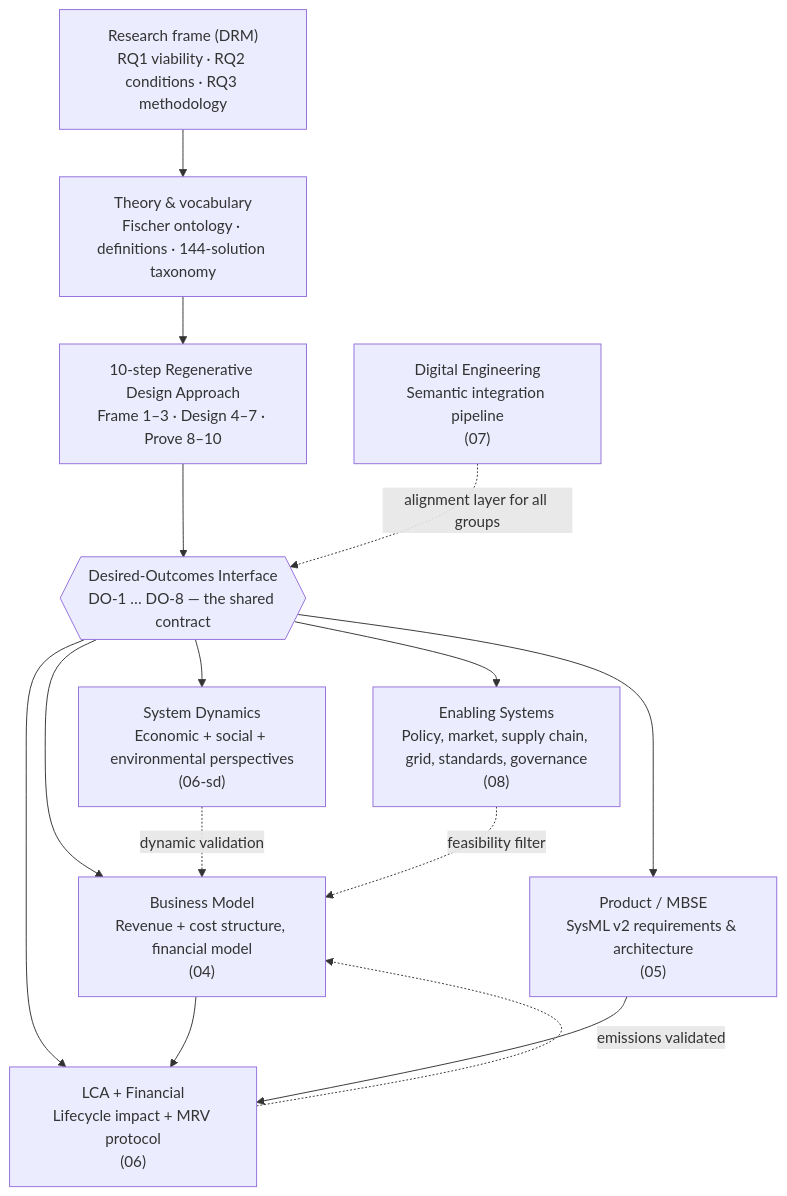
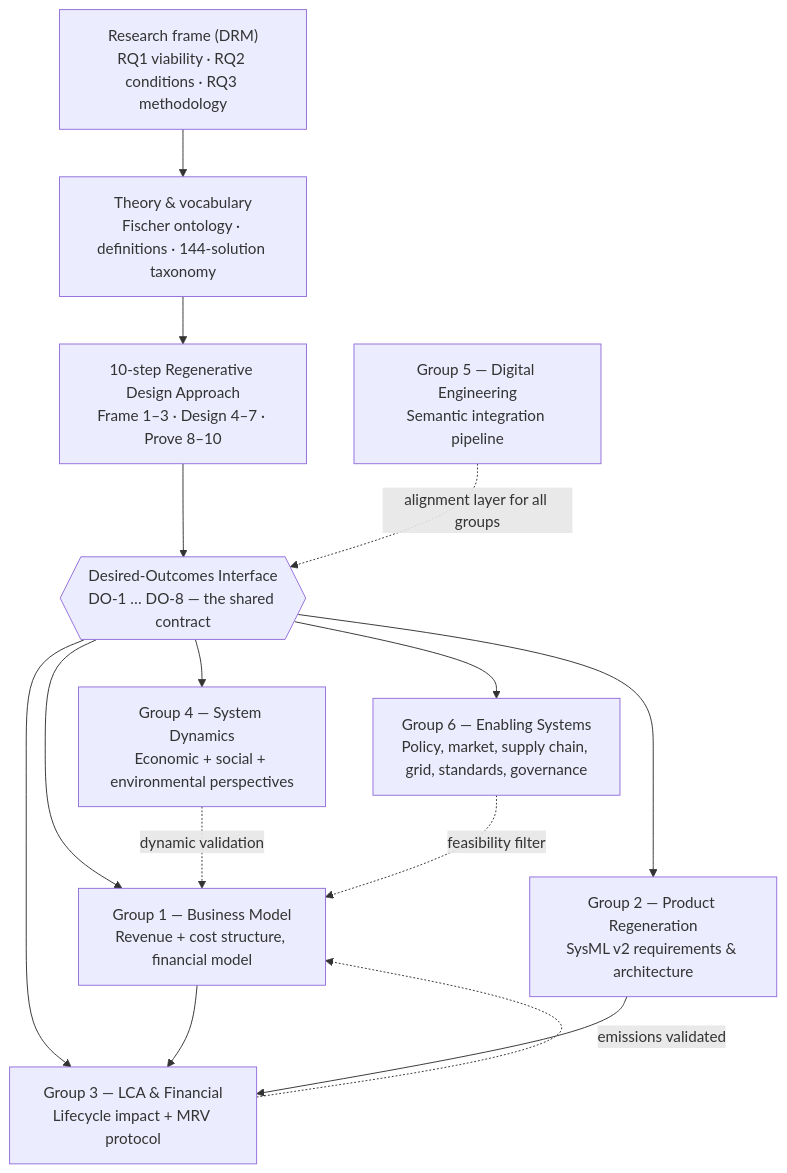
The diagram in SustainableTogether Projects/Regeneration/README.md (TheNightFox-1/SustainableTogether), drawn with Mermaid before and after one commit. The commit also changed other lines of this file and 28 other files, not shown here.

````diff
--- a/SustainableTogether Projects/Regeneration/README.md
+++ b/SustainableTogether Projects/Regeneration/README.md
@@ -165,18 +151,18 @@
 ```mermaid
 flowchart TD
   RQ["Research frame (DRM)<br/>RQ1 viability · RQ2 conditions · RQ3 methodology"] --> ONT
   ONT["Theory & vocabulary<br/>Fischer ontology · definitions · 144-solution taxonomy"] --> APP
   APP["10-step Regenerative Design Approach<br/>Frame 1–3 · Design 4–7 · Prove 8–10"] --> INT
   INT{{"Desired-Outcomes Interface<br/>DO-1 … DO-8 — the shared contract"}}
-  INT --> BM["Business Model<br/>Revenue + cost structure, financial model<br/>(04)"]
-  INT --> PRD["Product / MBSE<br/>SysML v2 requirements & architecture<br/>(05)"]
-  INT --> SD["System Dynamics<br/>Economic + social + environmental perspectives<br/>(06-sd)"]
-  INT --> LCA["LCA + Financial<br/>Lifecycle impact + MRV protocol<br/>(06)"]
-  INT --> ENS["Enabling Systems<br/>Policy, market, supply chain, grid, standards, governance<br/>(08)"]
-  DE["Digital Engineering<br/>Semantic integration pipeline<br/>(07)"] -.->|"alignment layer for all groups"| INT
+  INT --> BM["Group 1 — Business Model<br/>Revenue + cost structure, financial model"]
+  INT --> PRD["Group 2 — Product Regeneration<br/>SysML v2 requirements & architecture"]
+  INT --> LCA["Group 3 — LCA & Financial<br/>Lifecycle impact + MRV protocol"]
+  INT --> SD["Group 4 — System Dynamics<br/>Economic + social + environmental perspectives"]
+  INT --> ENS["Group 6 — Enabling Systems<br/>Policy, market, supply chain, grid, standards, governance"]
+  DE["Group 5 — Digital Engineering<br/>Semantic integration pipeline"] -.->|"alignment layer for all groups"| INT
   BM --> LCA
   PRD --> LCA
   SD -.->|"dynamic validation"| BM
   ENS -.->|"feasibility filter"| BM
   LCA -.->|"emissions validated"| BM
 ```
````
